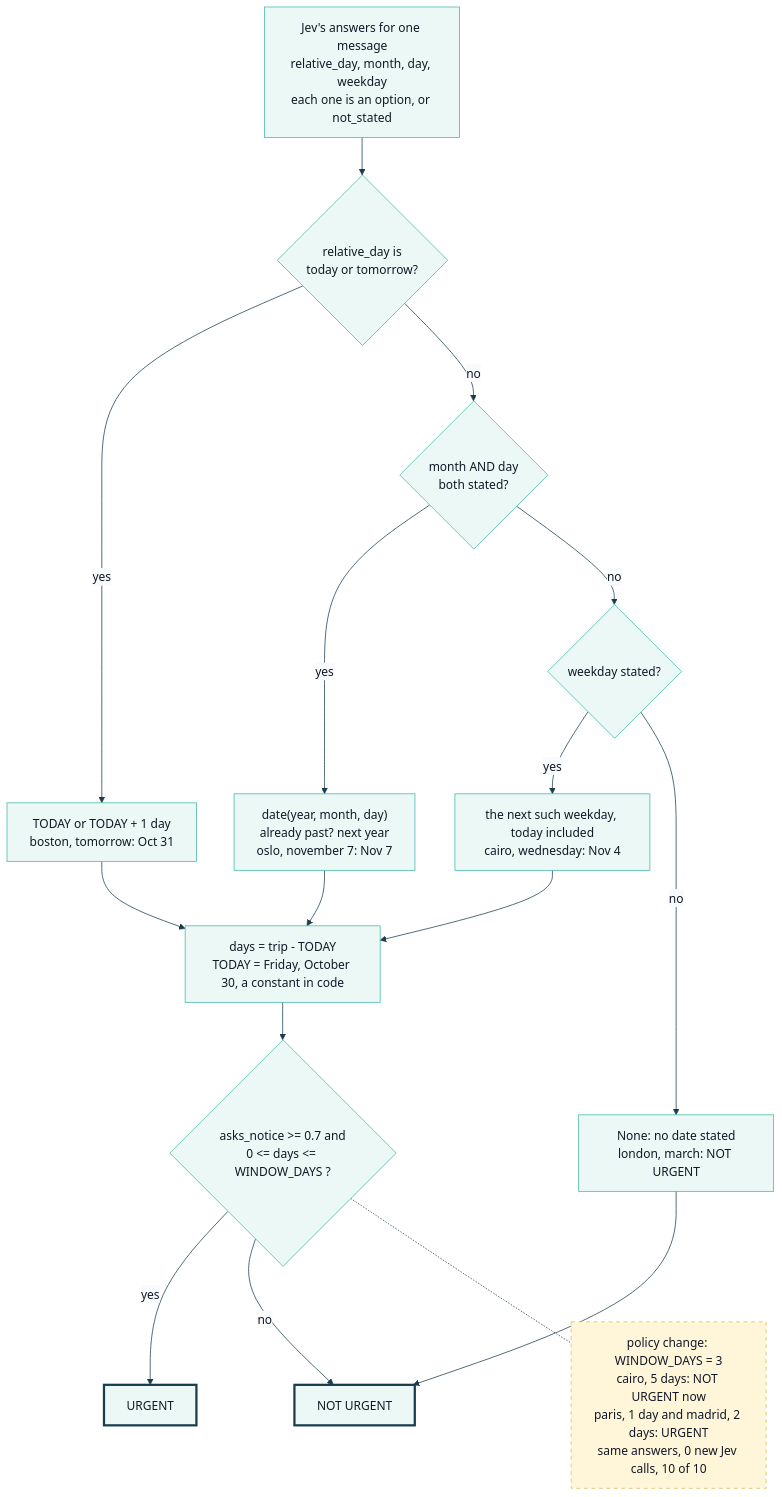
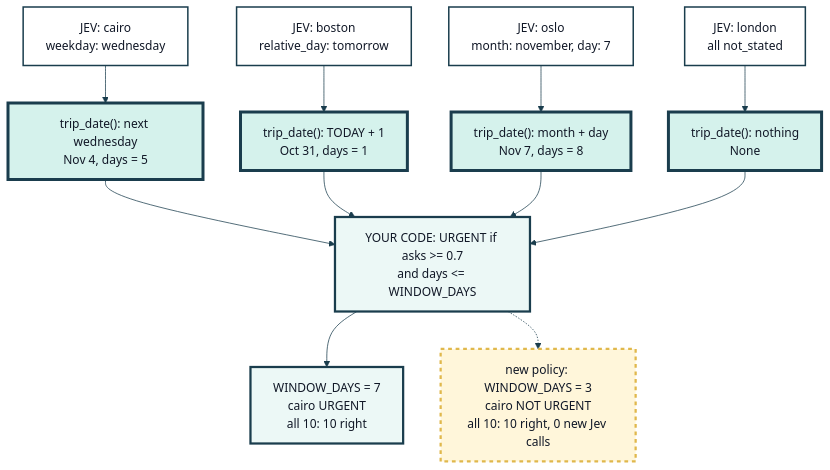
Before and after one commit to axel-sirota/getting_started_jev: the diagram in course/diagrams/module_02/p1-dates-in-code.mmd, drawn with Mermaid. The commit also changed 75 other files, not shown here.

Commit message:
Modules 1 and 2: visual pass (figures redrawn to read-at-a-glance limits, demo charts, lab maps, prose cut)

```diff
--- a/course/diagrams/module_02/p1-dates-in-code.mmd
+++ b/course/diagrams/module_02/p1-dates-in-code.mmd
@@ -1,37 +1,32 @@
 %%{init: {"theme": "base", "themeVariables": {"fontFamily": "Inter, sans-serif", "primaryColor": "#ECF8F6", "primaryBorderColor": "#40B8A6", "primaryTextColor": "#111827", "lineColor": "#1A3D4D", "secondaryColor": "#F9FAFB", "tertiaryColor": "#FFFFFF", "clusterBkg": "#F9FAFB", "clusterBorder": "#D1D5DB", "actorBkg": "#ECF8F6", "actorBorder": "#40B8A6", "noteBkgColor": "#FFF6DA", "noteBorderColor": "#E0B84C"}}}%%
-flowchart TD
-  IN["Jev's answers for one message<br/>relative_day, month, day, weekday<br/>each one is an option, or not_stated"]
-  D1{"relative_day is<br/>today or tomorrow?"}
-  D2{"month AND day<br/>both stated?"}
-  D3{"weekday stated?"}
-  T1["TODAY or TODAY + 1 day<br/>boston, tomorrow: Oct 31"]
-  T2["date(year, month, day)<br/>already past? next year<br/>oslo, november 7: Nov 7"]
-  T3["the next such weekday, today included<br/>cairo, wednesday: Nov 4"]
-  T4["None: no date stated<br/>london, march: NOT URGENT"]
-  DAYS["days = trip - TODAY<br/>TODAY = Friday, October 30, a constant in code"]
-  W{"asks_notice >= 0.7 and<br/>0 <= days <= WINDOW_DAYS ?"}
-  U["URGENT"]
-  N["NOT URGENT"]
-  P["policy change: WINDOW_DAYS = 3<br/>cairo, 5 days: NOT URGENT now<br/>paris, 1 day and madrid, 2 days: URGENT<br/>same answers, 0 new Jev calls, 10 of 10"]
-  IN --> D1
-  D1 -- yes --> T1
-  D1 -- no --> D2
-  D2 -- yes --> T2
-  D2 -- no --> D3
-  D3 -- yes --> T3
-  D3 -- no --> T4
-  T4 --> N
-  T1 --> DAYS
-  T2 --> DAYS
-  T3 --> DAYS
-  DAYS --> W
-  W -- yes --> U
-  W -- no --> N
-  W -.- P
-  style P fill:#FFF6DA,stroke:#E0B84C,stroke-dasharray:5 5
+flowchart TB
+  A1["JEV: cairo<br/>weekday: wednesday"]
+  A2["JEV: boston<br/>relative_day: tomorrow"]
+  A3["JEV: oslo<br/>month: november, day: 7"]
+  A4["JEV: london<br/>all not_stated"]
+  T1["trip_date(): next wednesday<br/>Nov 4, days = 5"]
+  T2["trip_date(): TODAY + 1<br/>Oct 31, days = 1"]
+  T3["trip_date(): month + day<br/>Nov 7, days = 8"]
+  T4["trip_date(): nothing<br/>None"]
+  R["YOUR CODE: URGENT if asks >= 0.7<br/>and days <= WINDOW_DAYS"]
+  O1["WINDOW_DAYS = 7<br/>cairo URGENT<br/>all 10: 10 right"]
+  O2["new policy: WINDOW_DAYS = 3<br/>cairo NOT URGENT<br/>all 10: 10 right, 0 new Jev calls"]
+  A1 --> T1
+  A2 --> T2
+  A3 --> T3
+  A4 --> T4
+  T1 --> R
+  T2 --> R
+  T3 --> R
+  T4 --> R
+  R --> O1
+  R -.-> O2
 
-  classDef fail fill:#FDECEA,stroke:#B42318,stroke-width:4px
   classDef changed fill:#D5F2EC,stroke:#1A3D4D,stroke-width:4px
+  classDef score fill:#FFFFFF,stroke:#1A3D4D,stroke-width:2px
   classDef ok fill:#ECF8F6,stroke:#1A3D4D,stroke-width:3px
-  class U ok
-  class N ok
+  classDef policy fill:#FFF6DA,stroke:#E0B84C,stroke-width:3px,stroke-dasharray:5 5
+  class A1,A2,A3,A4 score
+  class T1,T2,T3,T4 changed
+  class R,O1 ok
+  class O2 policy
```
